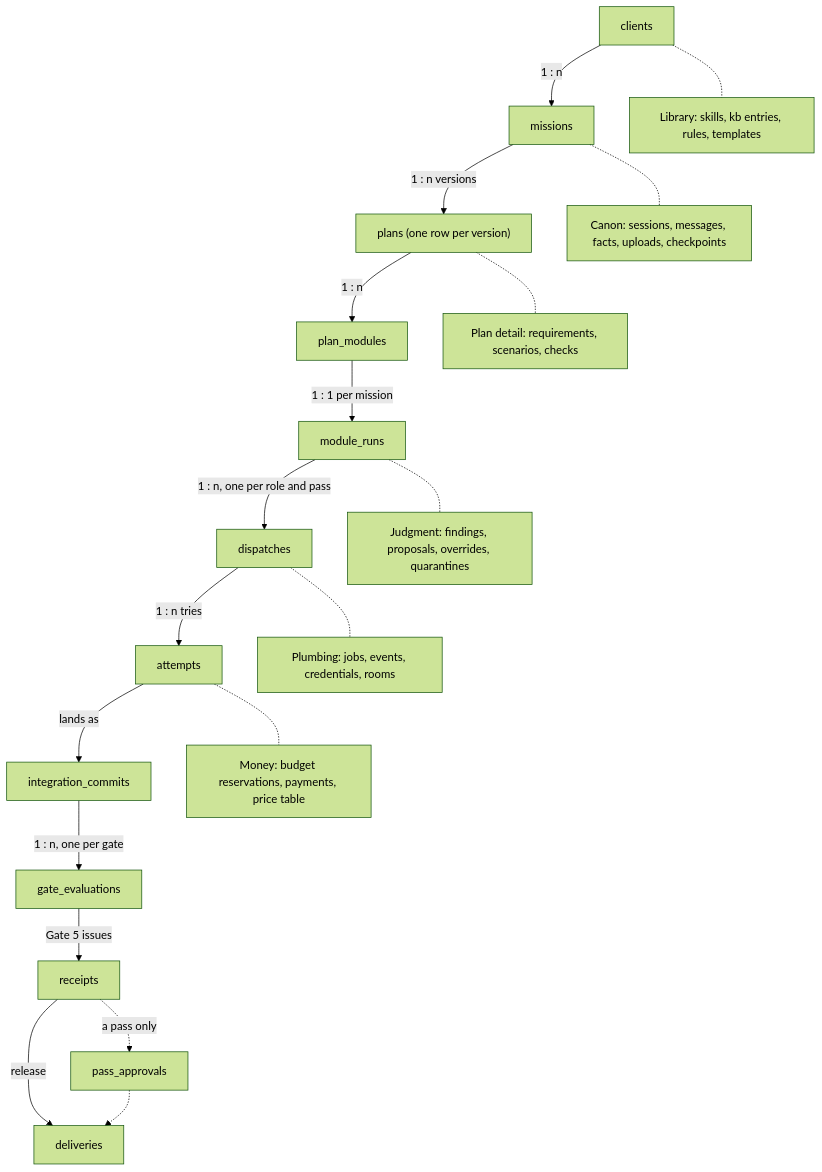
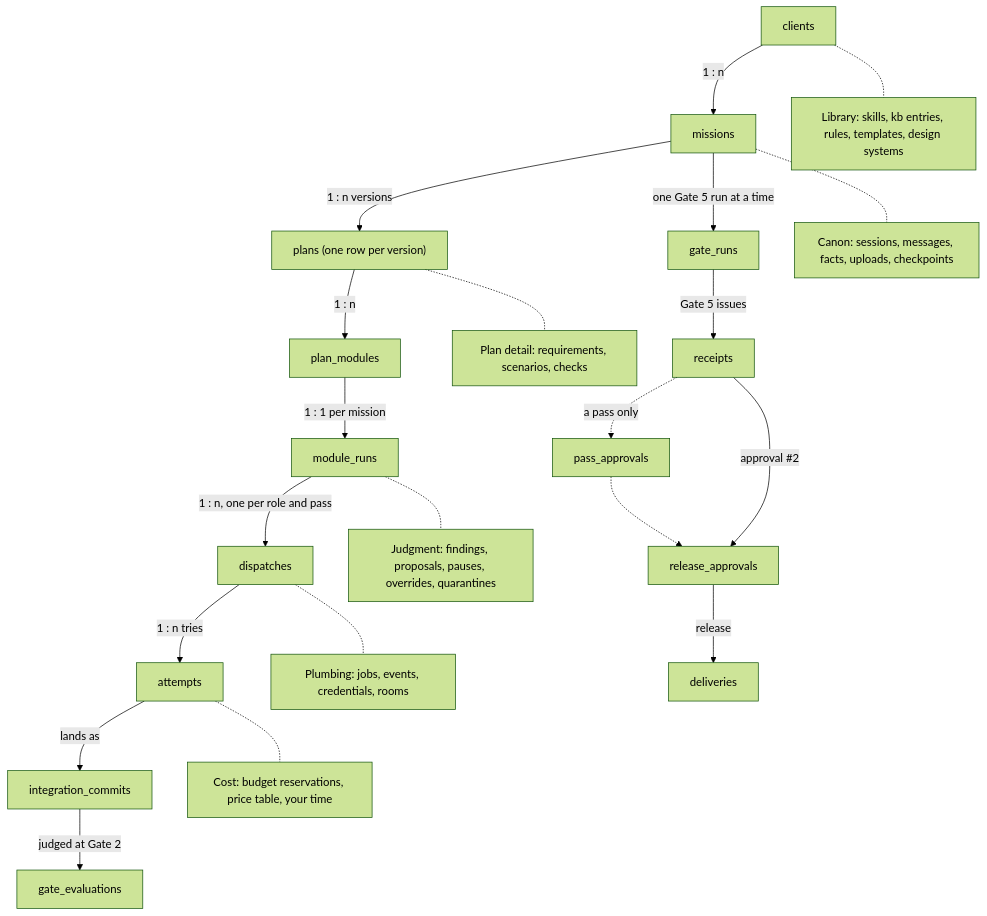
The first of 12 diagrams in docs/design/DATABASE.md (Avel-org/avel-factory), drawn with Mermaid (forest theme) before and after one commit. The commit also changed other lines of this file and 2 other files, not shown here.

First line of the commit message:
m3-docs ATLAS-02: DATABASE.md brought up to the schema (Step 0 item 5; CR-19 item 5)

````diff
--- a/docs/design/DATABASE.md
+++ b/docs/design/DATABASE.md
@@ -38,22 +48,24 @@
 ```mermaid
 flowchart TD
   clients["clients"] -->|"1 : n"| missions["missions"]
   missions -->|"1 : n versions"| plans["plans (one row per version)"]
   plans -->|"1 : n"| plan_modules["plan_modules"]
   plan_modules -->|"1 : 1 per mission"| module_runs["module_runs"]
   module_runs -->|"1 : n, one per role and pass"| dispatches["dispatches"]
   dispatches -->|"1 : n tries"| attempts["attempts"]
   attempts -->|"lands as"| integration_commits["integration_commits"]
-  integration_commits -->|"1 : n, one per gate"| gate_evaluations["gate_evaluations"]
-  gate_evaluations -->|"Gate 5 issues"| receipts["receipts"]
+  integration_commits -->|"judged at Gate 2"| gate_evaluations["gate_evaluations"]
+  missions -->|"one Gate 5 run at a time"| gate_runs["gate_runs"]
+  gate_runs -->|"Gate 5 issues"| receipts["receipts"]
   receipts -.->|"a pass only"| pass_approvals["pass_approvals"]
-  receipts -->|"release"| deliveries["deliveries"]
-  pass_approvals -.-> deliveries
+  receipts -->|"approval #2"| release_approvals["release_approvals"]
+  pass_approvals -.-> release_approvals
+  release_approvals -->|"release"| deliveries["deliveries"]
 
-  clients -.- library["Library: skills, kb entries, rules, templates"]
+  clients -.- library["Library: skills, kb entries, rules, templates, design systems"]
   missions -.- canon["Canon: sessions, messages, facts, uploads, checkpoints"]
   plans -.- plandetail["Plan detail: requirements, scenarios, checks"]
-  module_runs -.- judgment["Judgment: findings, proposals, overrides, quarantines"]
+  module_runs -.- judgment["Judgment: findings, proposals, pauses, overrides, quarantines"]
   dispatches -.- plumbing["Plumbing: jobs, events, credentials, rooms"]
-  attempts -.- money["Money: budget reservations, payments, price table"]
+  attempts -.- cost["Cost: budget reservations, price table, your time"]
 ```
````
